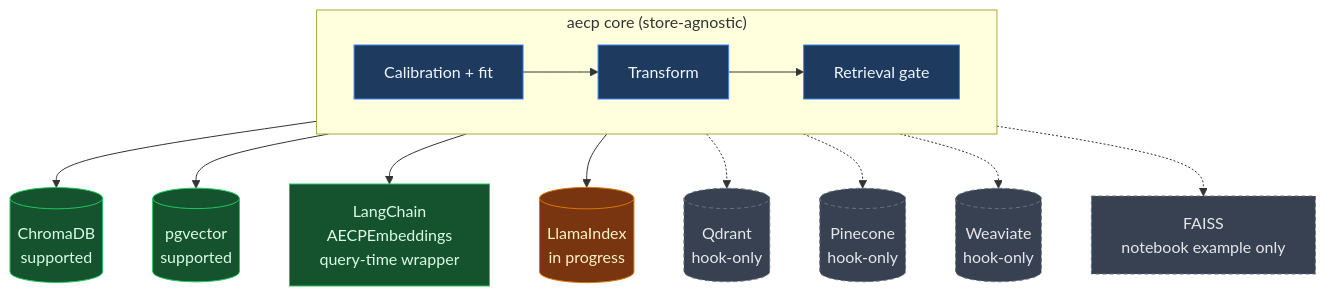
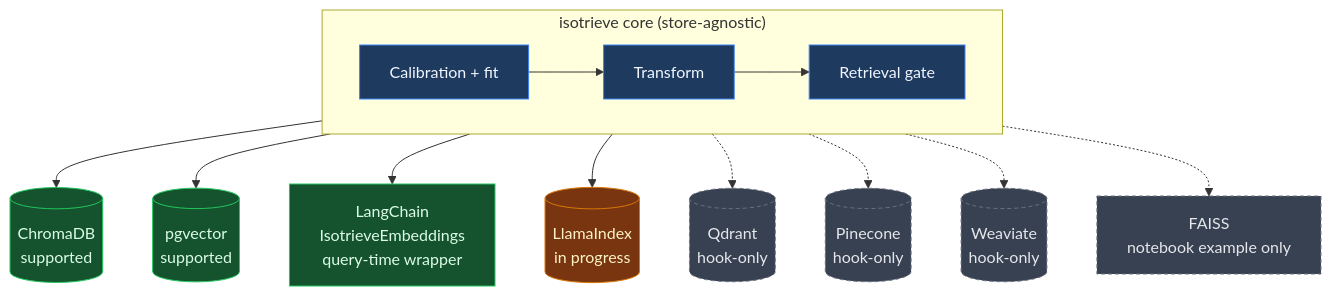
One commit to krish1925/isotrieve changed the second of 2 diagrams in README.md. Above: the diagram before and after it, drawn with Mermaid. The commit also changed other lines of this file and 428 other files, not shown here.

First line of the commit message:
feat: rename AECP → isotrieve across entire codebase

````diff
--- a/README.md
+++ b/README.md
@@ -92,28 +92,28 @@
 ```mermaid
 flowchart TB
-    subgraph Core["aecp core (store-agnostic)"]
+    subgraph Core["isotrieve core (store-agnostic)"]
         direction LR
         Calib[Calibration + fit]
         Xform[Transform]
         Gate[Retrieval gate]
         Calib --> Xform --> Gate
     end
 
     Core --> Chroma[(ChromaDB<br/>supported)]
     Core --> PGV[(pgvector<br/>supported)]
-    Core --> LC[LangChain<br/>AECPEmbeddings<br/>query-time wrapper]
+    Core --> LC[LangChain<br/>IsotrieveEmbeddings<br/>query-time wrapper]
     Core --> LI[(LlamaIndex<br/>in progress)]
     Core -.-> QD[(Qdrant<br/>hook-only)]
     Core -.-> PC[(Pinecone<br/>hook-only)]
     Core -.-> WV[(Weaviate<br/>hook-only)]
     Core -.-> FA[FAISS<br/>notebook example only]
 
     classDef core fill:#1e3a5f,stroke:#3b82f6,color:#eff6ff;
     classDef ready fill:#14532d,stroke:#22c55e,color:#dcfce7;
     classDef partial fill:#78350f,stroke:#d97706,color:#fef3c7;
     classDef planned fill:#374151,stroke:#6b7280,color:#e5e7eb,stroke-dasharray: 4 3;
     class Calib,Xform,Gate core;
     class Chroma,PGV,LC ready;
     class LI partial;
     class QD,PC,WV,FA planned;
 ```
````
